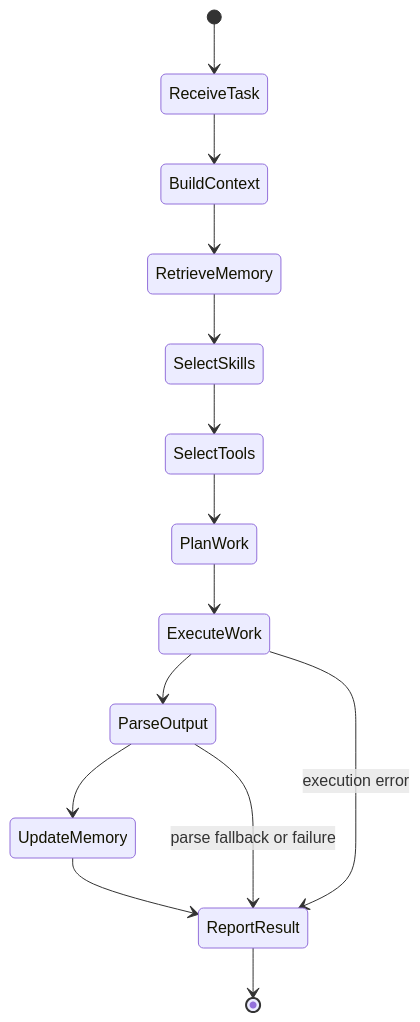
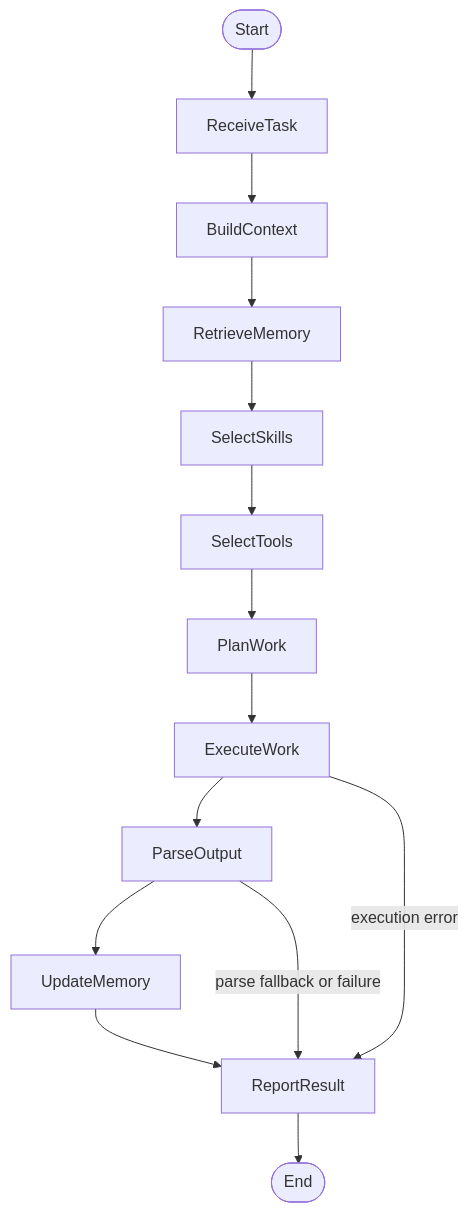
One commit to squredZ/lego_agent changed the fifth of 9 diagrams in docs/PROJECT_AGENT_DESIGN.md. Above: the diagram before and after it, drawn with Mermaid. The commit also changed other lines of this file and 20 other files, not shown here.

````diff
--- a/docs/PROJECT_AGENT_DESIGN.md
+++ b/docs/PROJECT_AGENT_DESIGN.md
@@ -661,17 +651,17 @@
 ```mermaid
-stateDiagram-v2
-    [*] --> ReceiveTask
+graph TD
+    Start([Start]) --> ReceiveTask
     ReceiveTask --> BuildContext
     BuildContext --> RetrieveMemory
     RetrieveMemory --> SelectSkills
     SelectSkills --> SelectTools
     SelectTools --> PlanWork
     PlanWork --> ExecuteWork
     ExecuteWork --> ParseOutput
     ParseOutput --> UpdateMemory
     UpdateMemory --> ReportResult
-    ReportResult --> [*]
+    ReportResult --> End([End])
 
-    ExecuteWork --> ReportResult: execution error
-    ParseOutput --> ReportResult: parse fallback or failure
+    ExecuteWork -->|execution error| ReportResult
+    ParseOutput -->|parse fallback or failure| ReportResult
 ```
````
